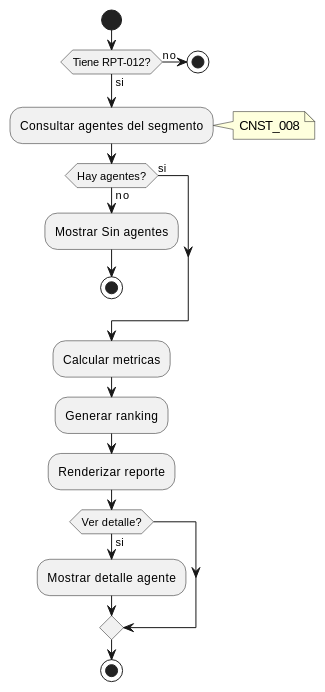
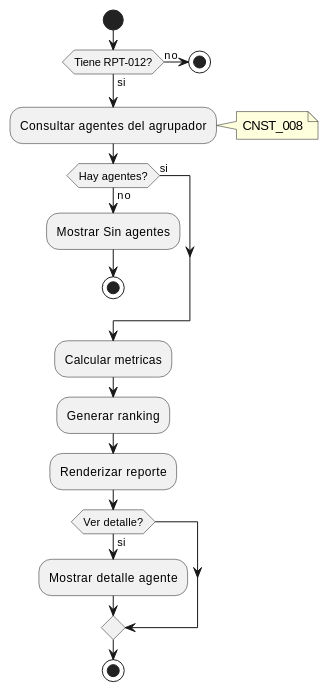
Before and after one commit to jcg-admin/IACT-docs: the third of 3 diagrams in source/requisitos/casos-uso/reports/uc-rpt-12-ver-reporte-agentes.rst, drawn with PlantUML. The commit also changed other lines of this file and 14 other files, not shown here.

```diff
--- a/source/requisitos/casos-uso/reports/uc-rpt-12-ver-reporte-agentes.rst
+++ b/source/requisitos/casos-uso/reports/uc-rpt-12-ver-reporte-agentes.rst
@@ -205,24 +205,24 @@
 .. uml::
  :caption: Diagrama de Actividad - UC_RPT_12
 
  @startuml
  start
  if (Tiene RPT-012?) then (no)
  stop
  else (si)
  endif
- :Consultar agentes del segmento;
+ :Consultar agentes del agrupador;
  note right: CNST_008
  if (Hay agentes?) then (no)
  :Mostrar Sin agentes;
  stop
  else (si)
  endif
  :Calcular metricas;
  :Generar ranking;
  :Renderizar reporte;
  if (Ver detalle?) then (si)
  :Mostrar detalle agente;
  endif
  stop
  @enduml
```
